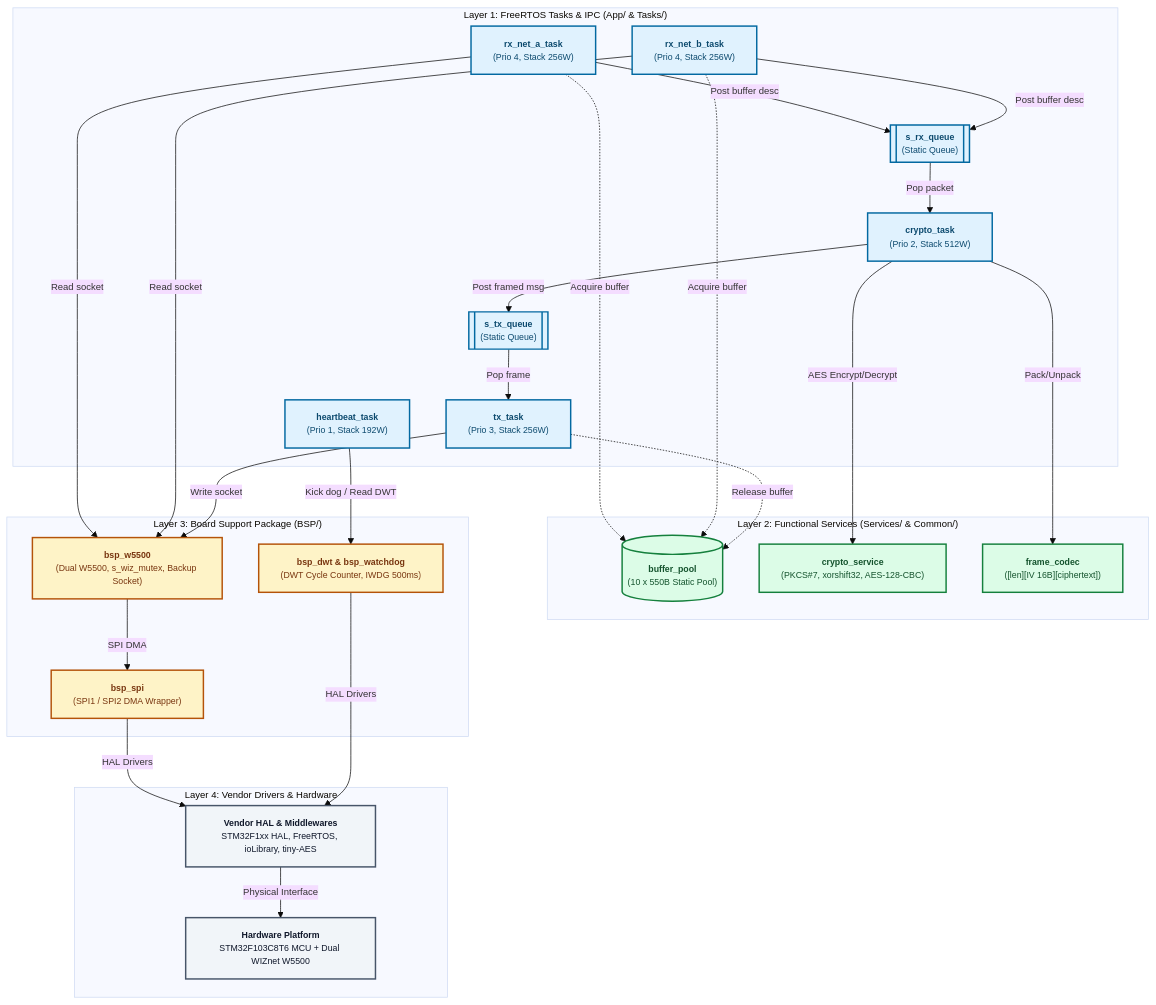
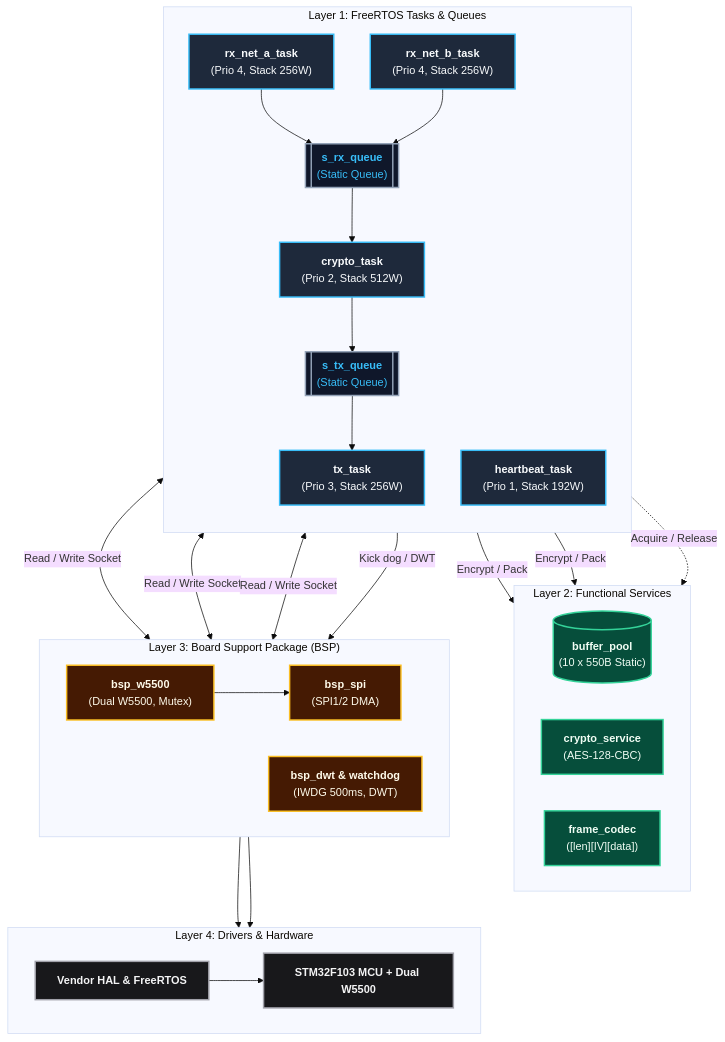
The second of 2 diagrams in README.md (Draconic211/Secure_Gateway_AES128_STM32), drawn with Mermaid before and after one commit.

````diff
--- a/README.md
+++ b/README.md
@@ -69,63 +69,78 @@
 ```mermaid
-%%{init: {'theme': 'base', 'themeVariables': { 'fontFamily': 'ui-sans-serif, system-ui, -apple-system, Segoe UI, Roboto, Helvetica, Arial, sans-serif', 'fontSize': '13px' }}}%%
+%%{init: {'theme': 'base', 'themeVariables': { 'fontSize': '15px', 'fontFamily': 'ui-sans-serif, system-ui, -apple-system, Segoe UI, Roboto, Helvetica, Arial, sans-serif' }}}%%
 flowchart TB
     %% =============================================================
-    %% BẢNG MÀU PHÂN LỚP
+    %% ĐỊNH NGHĨA FONT CHỮ LỚN & ĐỘ TƯƠNG PHẢN CAO
     %% =============================================================
-    classDef default font-size:12px,color:#0F172A;
-    classDef taskClass    fill:#E0F2FE,stroke:#0369A1,stroke-width:2px,color:#0C4A6E,font-weight:500;
-    classDef serviceClass fill:#DCFCE7,stroke:#15803D,stroke-width:2px,color:#14532D,font-weight:500;
-    classDef bspClass     fill:#FEF3C7,stroke:#B45309,stroke-width:2px,color:#78350F,font-weight:500;
-    classDef hwClass      fill:#F1F5F9,stroke:#475569,stroke-width:2px,color:#0F172A,font-weight:500;
+    classDef default font-size:15px,color:#F8FAFC;
+    classDef taskClass    fill:#1E293B,stroke:#38BDF8,stroke-width:2px,color:#F8FAFC,font-size:15px;
+    classDef queueClass   fill:#0F172A,stroke:#94A3B8,stroke-width:2px,color:#38BDF8,font-size:15px;
+    classDef serviceClass fill:#064E3B,stroke:#34D399,stroke-width:2px,color:#F0FDF4,font-size:15px;
+    classDef bspClass     fill:#451A03,stroke:#FBBF24,stroke-width:2px,color:#FFFBEB,font-size:15px;
+    classDef hwClass      fill:#18181B,stroke:#A1A1AA,stroke-width:2px,color:#F4F4F5,font-size:15px;
 
-    subgraph L1[" Layer 1: FreeRTOS Tasks & IPC (App/ & Tasks/) "]
+    %% =============================================================
+    %% TẦNG 1: TASKS & QUEUES
+    %% =============================================================
+    subgraph L1[" Layer 1: FreeRTOS Tasks & Queues "]
+        direction TB
         RXA["<b>rx_net_a_task</b><br/>(Prio 4, Stack 256W)"]
         RXB["<b>rx_net_b_task</b><br/>(Prio 4, Stack 256W)"]
         QRX[["<b>s_rx_queue</b><br/>(Static Queue)"]]
         CRYPTO["<b>crypto_task</b><br/>(Prio 2, Stack 512W)"]
         QTX[["<b>s_tx_queue</b><br/>(Static Queue)"]]
         TX["<b>tx_task</b><br/>(Prio 3, Stack 256W)"]
         HB["<b>heartbeat_task</b><br/>(Prio 1, Stack 192W)"]
+
+        RXA & RXB --> QRX
+        QRX --> CRYPTO
+        CRYPTO --> QTX
+        QTX --> TX
     end
 
-    subgraph L2[" Layer 2: Functional Services (Services/ & Common/) "]
-        POOL[("<b>buffer_pool</b><br/>(10 x 550B Static Pool)")]
-        CS["<b>crypto_service</b><br/>(PKCS#7, xorshift32, AES-128-CBC)"]
-        CODEC["<b>frame_codec</b><br/>([len][IV 16B][ciphertext])"]
+    %% =============================================================
+    %% TẦNG 2: SERVICES
+    %% =============================================================
+    subgraph L2[" Layer 2: Functional Services "]
+        direction LR
+        POOL[("<b>buffer_pool</b><br/>(10 x 550B Static)")]
+        CS["<b>crypto_service</b><br/>(AES-128-CBC)"]
+        CODEC["<b>frame_codec</b><br/>([len][IV][data])"]
     end
 
-    subgraph L3[" Layer 3: Board Support Package (BSP/) "]
-        WIZ["<b>bsp_w5500</b><br/>(Dual W5500, s_wiz_mutex, Backup Socket)"]
-        SPI["<b>bsp_spi</b><br/>(SPI1 / SPI2 DMA Wrapper)"]
-        DIAG["<b>bsp_dwt & bsp_watchdog</b><br/>(DWT Cycle Counter, IWDG 500ms)"]
+    %% =============================================================
+    %% TẦNG 3: BSP
+    %% =============================================================
+    subgraph L3[" Layer 3: Board Support Package (BSP) "]
+        direction LR
+        WIZ["<b>bsp_w5500</b><br/>(Dual W5500, Mutex)"]
+        SPI["<b>bsp_spi</b><br/>(SPI1/2 DMA)"]
+        DIAG["<b>bsp_dwt & watchdog</b><br/>(IWDG 500ms, DWT)"]
+
+        WIZ --> SPI
     end
 
-    subgraph L4[" Layer 4: Vendor Drivers & Hardware "]
-        HAL["<b>Vendor HAL & Middlewares</b><br/>STM32F1xx HAL, FreeRTOS, ioLibrary, tiny-AES"]
-        HW["<b>Hardware Platform</b><br/>STM32F103C8T6 MCU + Dual WIZnet W5500"]
+    %% =============================================================
+    %% TẦNG 4: DRIVERS & HARDWARE
+    %% =============================================================
+    subgraph L4[" Layer 4: Drivers & Hardware "]
+        direction LR
+        HAL["<b>Vendor HAL & FreeRTOS</b>"]
+        HW["<b>STM32F103 MCU + Dual W5500</b>"]
+        HAL --> HW
     end
 
-    RXA & RXB -->|"Post buffer desc"| QRX
-    QRX -->|"Pop packet"| CRYPTO
-    CRYPTO -->|"Post framed msg"| QTX
-    QTX -->|"Pop frame"| TX
+    %% Giao tiếp liên tầng
+    L1 -.->|"Acquire / Release"| POOL
+    CRYPTO -->|"Encrypt / Pack"| CS & CODEC
+    RXA & RXB & TX <-->|"Read / Write Socket"| WIZ
+    HB -->|"Kick dog / DWT"| DIAG
 
-    RXA & RXB -.->|"Acquire buffer"| POOL
-    TX -.->|"Release buffer"| POOL
+    SPI & DIAG --> HAL
 
-    CRYPTO -->|"AES Encrypt/Decrypt"| CS
-    CRYPTO -->|"Pack/Unpack"| CODEC
-
-    RXA & RXB -->|"Read socket"| WIZ
-    TX -->|"Write socket"| WIZ
-    HB -->|"Kick dog / Read DWT"| DIAG
-
-    WIZ -->|"SPI DMA"| SPI
-    SPI & DIAG -->|"HAL Drivers"| HAL
-    HAL -->|"Physical Interface"| HW
-
-    class RXA,RXB,QRX,CRYPTO,QTX,TX,HB taskClass;
+    class RXA,RXB,CRYPTO,TX,HB taskClass;
+    class QRX,QTX queueClass;
     class POOL,CS,CODEC serviceClass;
     class WIZ,SPI,DIAG bspClass;
     class HAL,HW hwClass;
 ```
````
